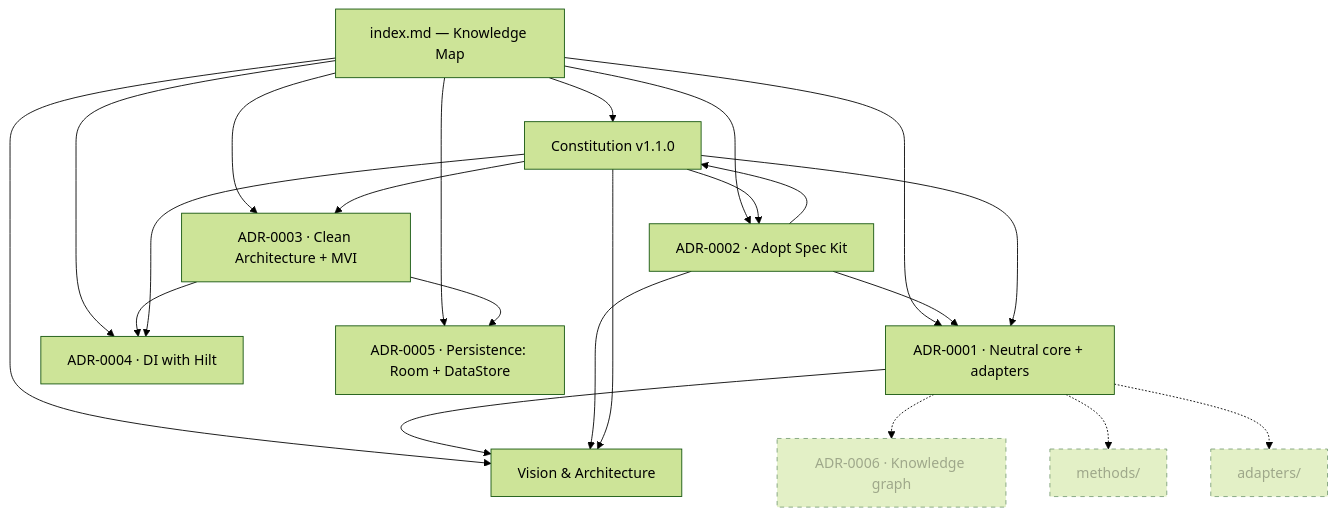
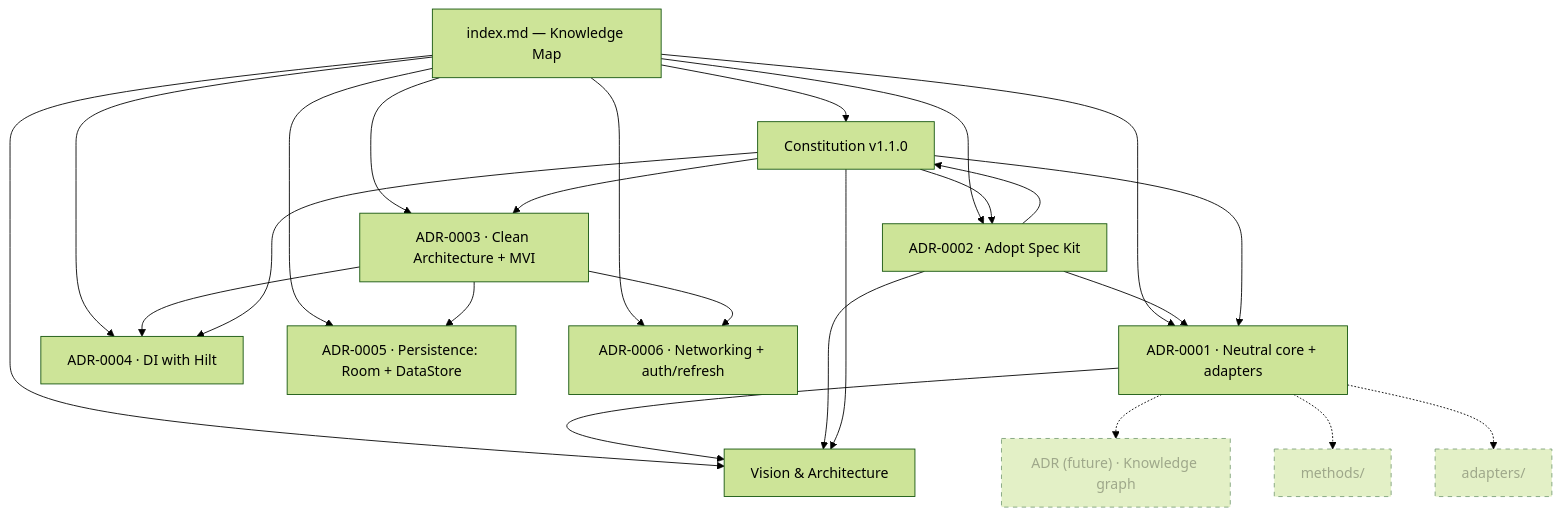
One commit to rodrigosimoesrosa/ai-native-android-development-system changed the diagram in index.md. Above: the diagram before and after it, drawn with Mermaid (forest theme). The commit also changed other lines of this file and 6 other files, not shown here.

````diff
--- a/index.md
+++ b/index.md
@@ -13,38 +13,41 @@
 ```mermaid
 graph TD
     IDX["index.md — Knowledge Map"]
     VIS["Vision & Architecture"]
     CON["Constitution v1.1.0"]
     A1["ADR-0001 · Neutral core + adapters"]
     A2["ADR-0002 · Adopt Spec Kit"]
     A3["ADR-0003 · Clean Architecture + MVI"]
     A4["ADR-0004 · DI with Hilt"]
     A5["ADR-0005 · Persistence: Room + DataStore"]
-    A6["ADR-0006 · Knowledge graph"]:::todo
+    A6["ADR-0006 · Networking + auth/refresh"]
+    KG["ADR (future) · Knowledge graph"]:::todo
     MET["methods/"]:::todo
     ADP["adapters/"]:::todo
 
     IDX --> VIS
     IDX --> CON
     IDX --> A1
     IDX --> A2
     IDX --> A3
     IDX --> A4
     IDX --> A5
+    IDX --> A6
     A1 --> VIS
     A2 --> A1
     A2 --> VIS
     A2 --> CON
     A3 --> A4
     A3 --> A5
+    A3 --> A6
     CON --> VIS
     CON --> A1
     CON --> A2
     CON --> A3
     CON --> A4
-    A1 -.-> A6
+    A1 -.-> KG
     A1 -.-> MET
     A1 -.-> ADP
 
     classDef todo stroke-dasharray: 5 5,opacity:0.55;
 ```
````
